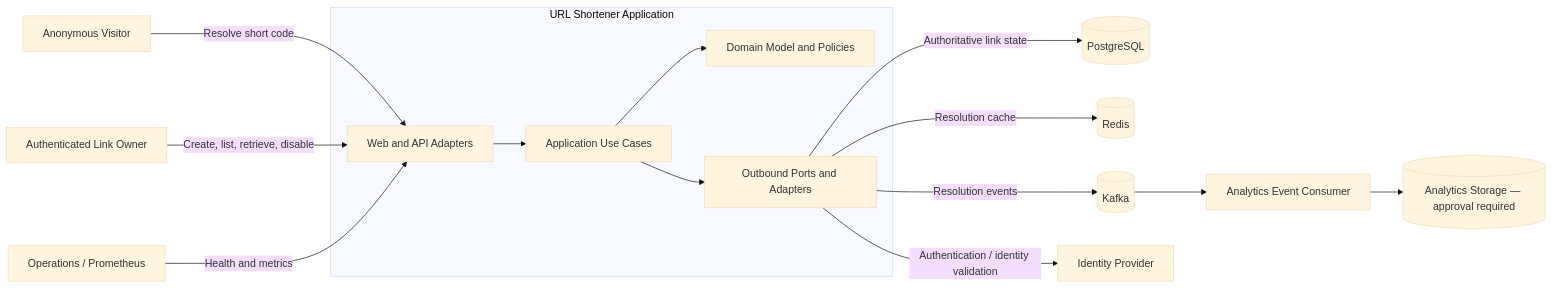
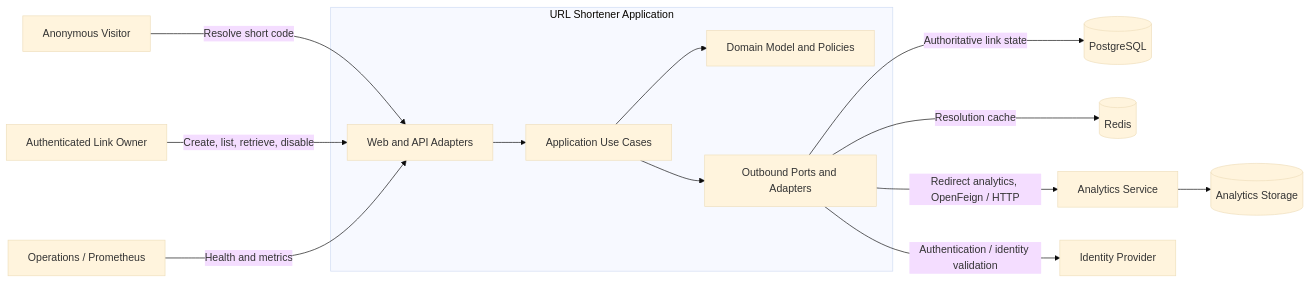
Before and after one commit to vivekkumarr415-eng/URLShortner_AI_Proficient: the second of 7 diagrams in url-shortener/docs/Architecture.md, drawn with Mermaid (base theme). The commit also changed other lines of this file and 29 other files, not shown here.

````diff
--- a/url-shortener/docs/Architecture.md
+++ b/url-shortener/docs/Architecture.md
@@ -38,28 +38,27 @@
 ```mermaid
 flowchart LR
     V[Anonymous Visitor]
     O[Authenticated Link Owner]
     M[Operations / Prometheus]
 
     subgraph App[URL Shortener Application]
         P[Web and API Adapters]
         S[Application Use Cases]
         D[Domain Model and Policies]
         A[Outbound Ports and Adapters]
 
         P --> S
         S --> D
         S --> A
     end
 
     V -->|Resolve short code| P
     O -->|Create, list, retrieve, disable| P
     M -->|Health and metrics| P
 
     A -->|Authoritative link state| PG[(PostgreSQL)]
     A -->|Resolution cache| R[(Redis)]
-    A -->|Resolution events| K[(Kafka)]
+    A -->|Redirect analytics, OpenFeign / HTTP| AS[Analytics Service]
     A -->|Authentication / identity validation| I[Identity Provider]
-    K --> C[Analytics Event Consumer]
-    C --> APG[(Analytics Storage — approval required)]
+    AS --> APG[(Analytics Storage)]
 ```
````
